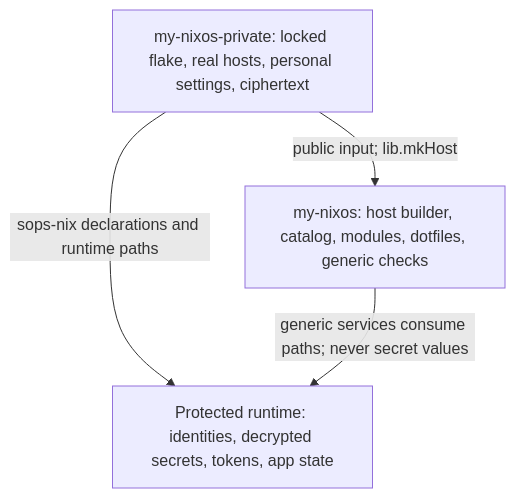
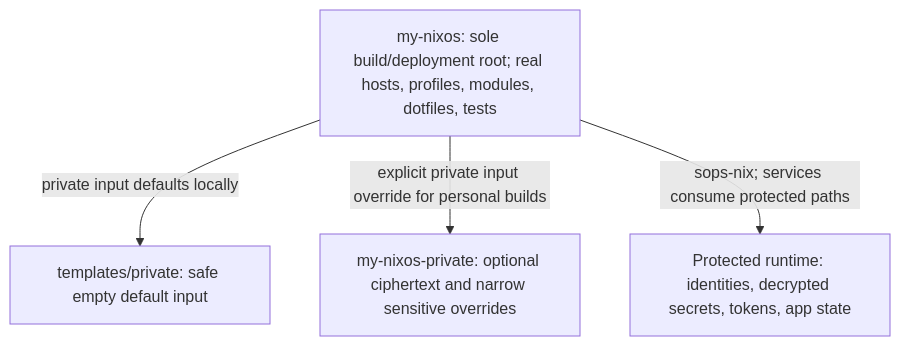
One commit to evgen2571/my-nixos changed the diagram in docs/public-private-migration.md. Above: the diagram before and after it, drawn with Mermaid. The commit also changed other lines of this file, not shown here.

Commit message:
docs: keep public flake as migration build root

````diff
--- a/docs/public-private-migration.md
+++ b/docs/public-private-migration.md
@@ -19,9 +21,10 @@
 ```mermaid
 flowchart TB
-  private["my-nixos-private: locked flake, real hosts, personal settings, ciphertext"]
-  public["my-nixos: host builder, catalog, modules, dotfiles, generic checks"]
+  public["my-nixos: sole build/deployment root; real hosts, profiles, modules, dotfiles, tests"]
+  example["templates/private: safe empty default input"]
+  private["my-nixos-private: optional ciphertext and narrow sensitive overrides"]
   runtime["Protected runtime: identities, decrypted secrets, tokens, app state"]
-  private -->|"public input; lib.mkHost"| public
-  private -->|"sops-nix declarations and runtime paths"| runtime
-  public -->|"generic services consume paths; never secret values"| runtime
+  public -->|"private input defaults locally"| example
+  public -->|"explicit private input override for personal builds"| private
+  public -->|"sops-nix; services consume protected paths"| runtime
 ```
````
